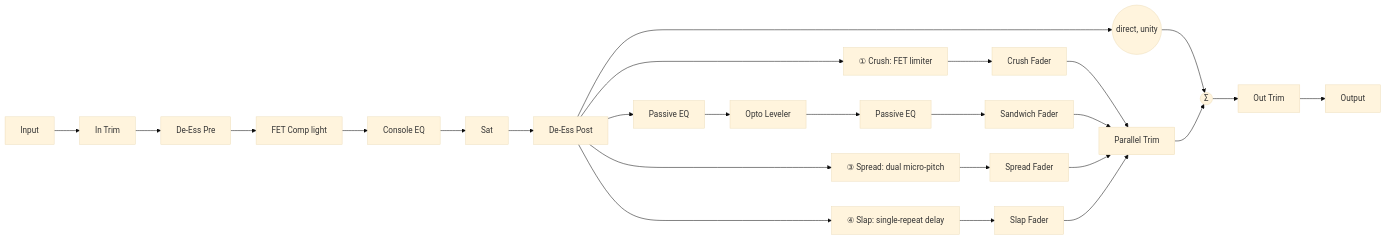
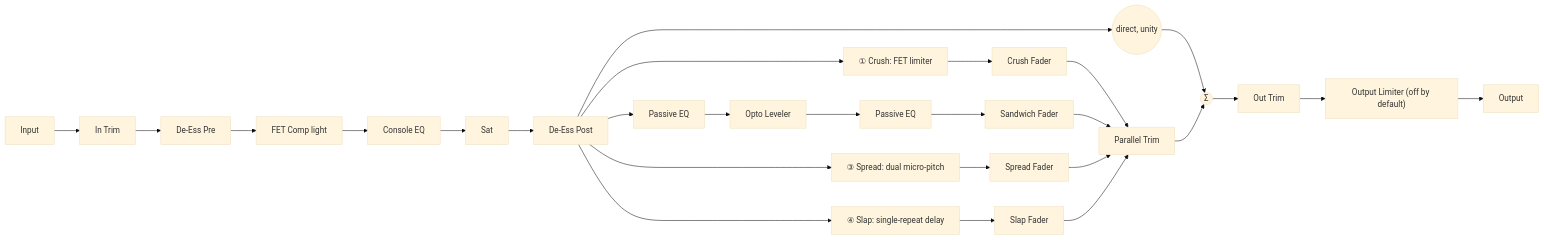
Before and after one commit to basilica-audio/Miserere: the diagram in docs/architecture.md, drawn with Mermaid (base theme). The commit also changed other lines of this file and 17 other files, not shown here.

First line of the commit message:
feat(dsp): zero-latency output limiter as the final safety stage (#34)

````diff
--- a/docs/architecture.md
+++ b/docs/architecture.md
@@ -5,16 +5,16 @@
 ```mermaid
 flowchart LR
     IN[Input] --> TRIM_IN[In Trim]
     TRIM_IN --> DP_DSP[De-Ess Pre] --> DP_FET[FET Comp light] --> DP_EQ[Console EQ] --> DP_SAT[Sat] --> DP_DSPOST[De-Ess Post]
     DP_DSPOST --> DIRECT_SUM((direct, unity))
     DP_DSPOST --> CRUSH[① Crush: FET limiter] --> CRUSH_FADER[Crush Fader]
     DP_DSPOST --> SAND_PRE[Passive EQ] --> SAND_OPTO[Opto Leveler] --> SAND_POST[Passive EQ] --> SAND_FADER[Sandwich Fader]
     DP_DSPOST --> SPREAD[③ Spread: dual micro-pitch] --> SPREAD_FADER[Spread Fader]
     DP_DSPOST --> SLAP[④ Slap: single-repeat delay] --> SLAP_FADER[Slap Fader]
     DIRECT_SUM --> SUM((Σ))
     CRUSH_FADER --> PARALLEL_TRIM[Parallel Trim] --> SUM
     SAND_FADER --> PARALLEL_TRIM
     SPREAD_FADER --> PARALLEL_TRIM
     SLAP_FADER --> PARALLEL_TRIM
-    SUM --> TRIM_OUT[Out Trim] --> OUT[Output]
+    SUM --> TRIM_OUT[Out Trim] --> LIMITER["Output Limiter (off by default)"] --> OUT[Output]
 ```
````
